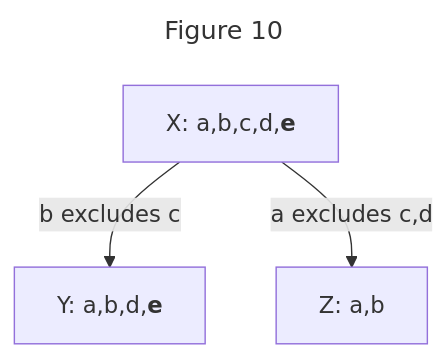
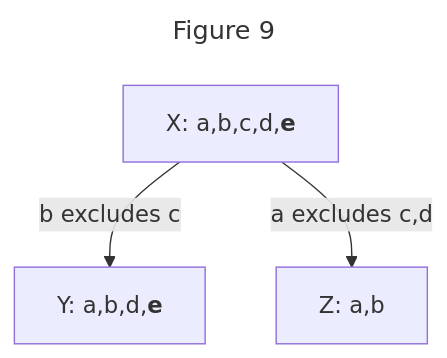
One commit to ssbc/ssb-group-exclusion-spec changed the ninth of 9 diagrams in README.md. Above: the diagram before and after it, drawn with Mermaid. The commit also changed other lines of this file, not shown here.

````diff
--- a/README.md
+++ b/README.md
@@ -433,9 +442,9 @@
 ```mermaid
 ---
-title: Figure 10
+title: Figure 9
 ---
 graph TB;
   A[X: a,b,c,d,<b>e</b>]
   A--"b excludes c"-->B[Y: a,b,d,<b>e</b>]
   A--"a excludes c,d"-->C[Z: a,b]
 ```
````
